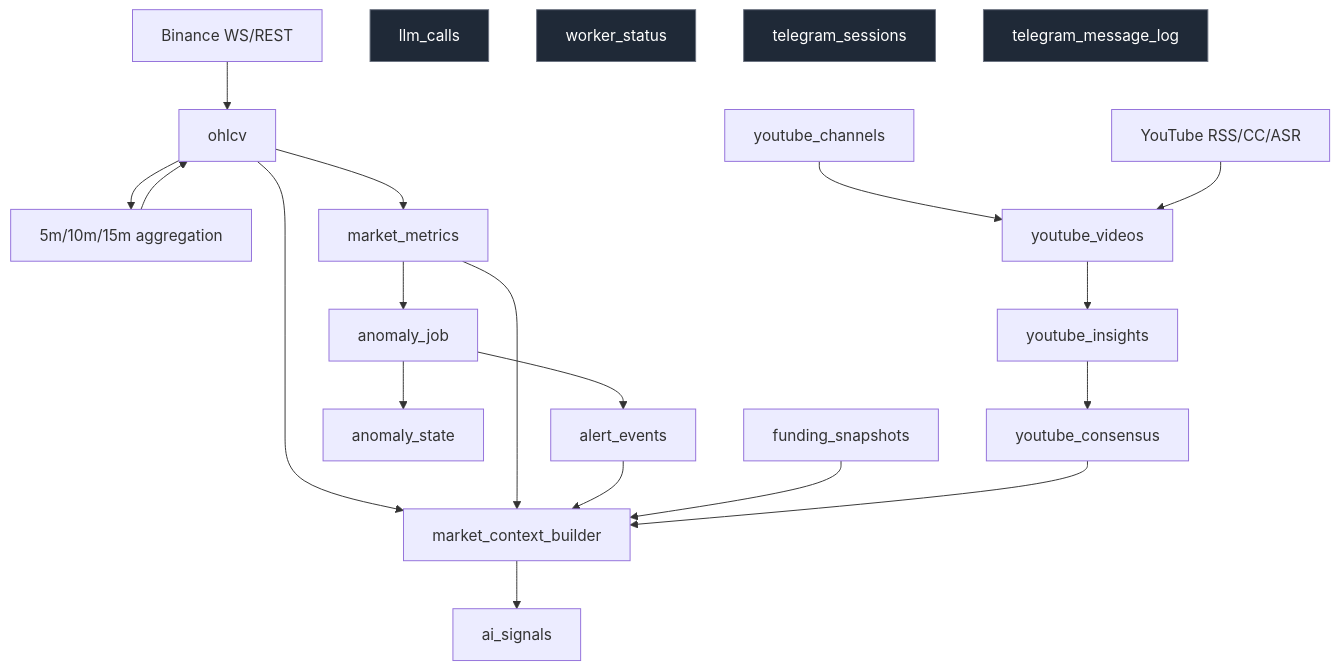
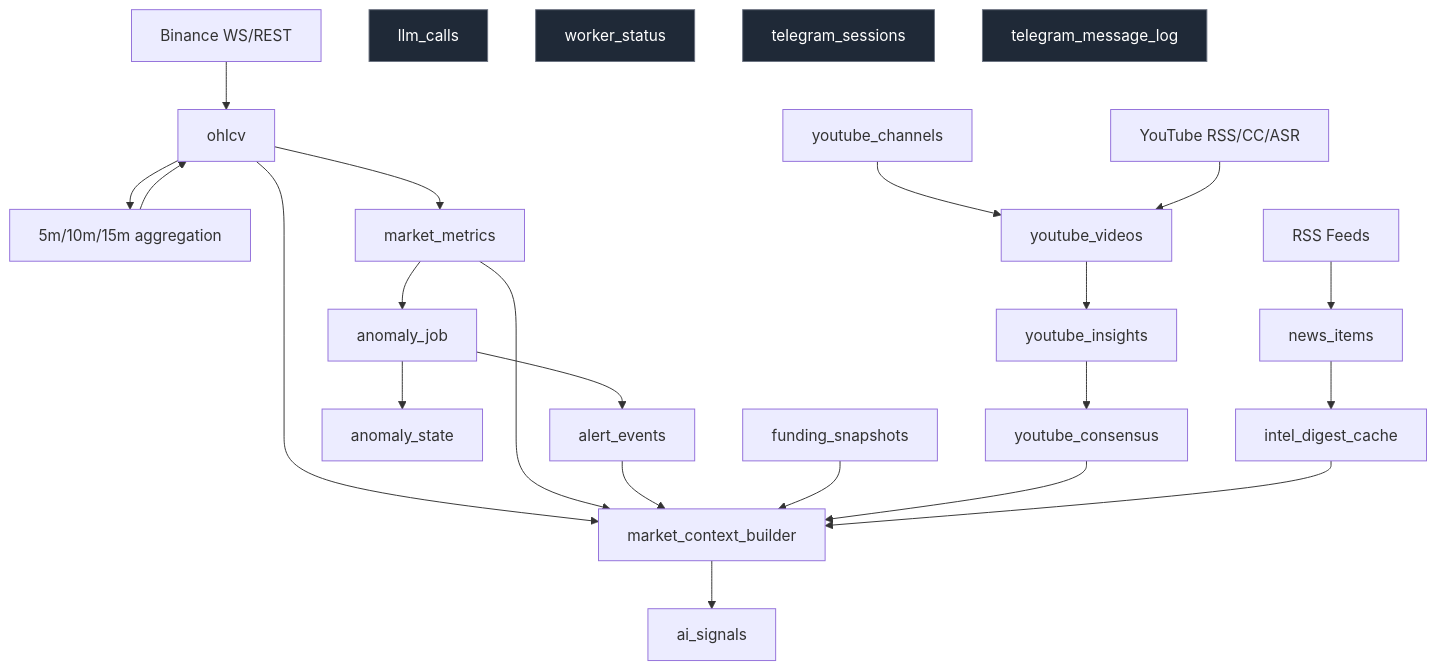
Before and after one commit to h14774819836-maker/crypto-sentinel: the third of 13 diagrams in docs/architecture_report.md, drawn with Mermaid. The commit also changed other lines of this file and 36 other files, not shown here.

````diff
--- a/docs/architecture_report.md
+++ b/docs/architecture_report.md
@@ -397,30 +484,34 @@
 ```mermaid
 flowchart TD
     Binance["Binance WS/REST"] --> Ohlcv["ohlcv"]
     Ohlcv --> Agg["5m/10m/15m aggregation"]
     Agg --> Ohlcv
     Ohlcv --> Metric["market_metrics"]
 
     Metric --> Anomaly["anomaly_job"]
     Anomaly --> Alert["alert_events"]
     Anomaly --> State["anomaly_state"]
 
     Ohlcv --> AICTX["market_context_builder"]
     Metric --> AICTX
     Alert --> AICTX
     Funding["funding_snapshots"] --> AICTX
     YTCons["youtube_consensus"] --> AICTX
+    IntelDigest["intel_digest_cache"] --> AICTX
     AICTX --> AISig["ai_signals"]
 
     Channels["youtube_channels"] --> Videos["youtube_videos"]
     YTData["YouTube RSS/CC/ASR"] --> Videos
     Videos --> Insights["youtube_insights"]
     Insights --> YTCons
+
+    IntelFeeds["RSS Feeds"] --> NewsItems["news_items"]
+    NewsItems --> IntelDigest
 
     LLMCalls["llm_calls"]:::obs
     WorkerStatus["worker_status"]:::obs
     TGSess["telegram_sessions"]:::obs
     TGLog["telegram_message_log"]:::obs
 
     classDef obs fill:#1f2937,stroke:#6b7280,color:#fff;
 ```
````
